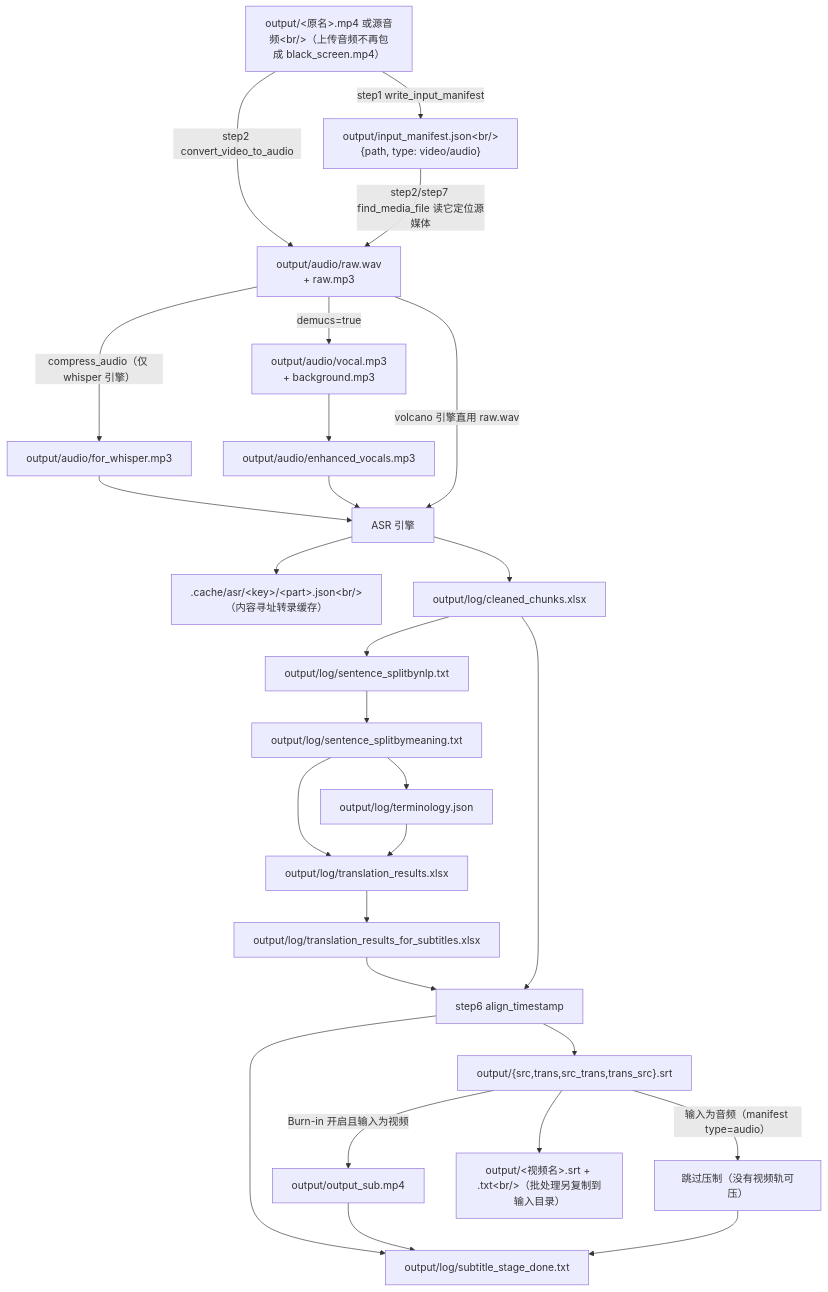
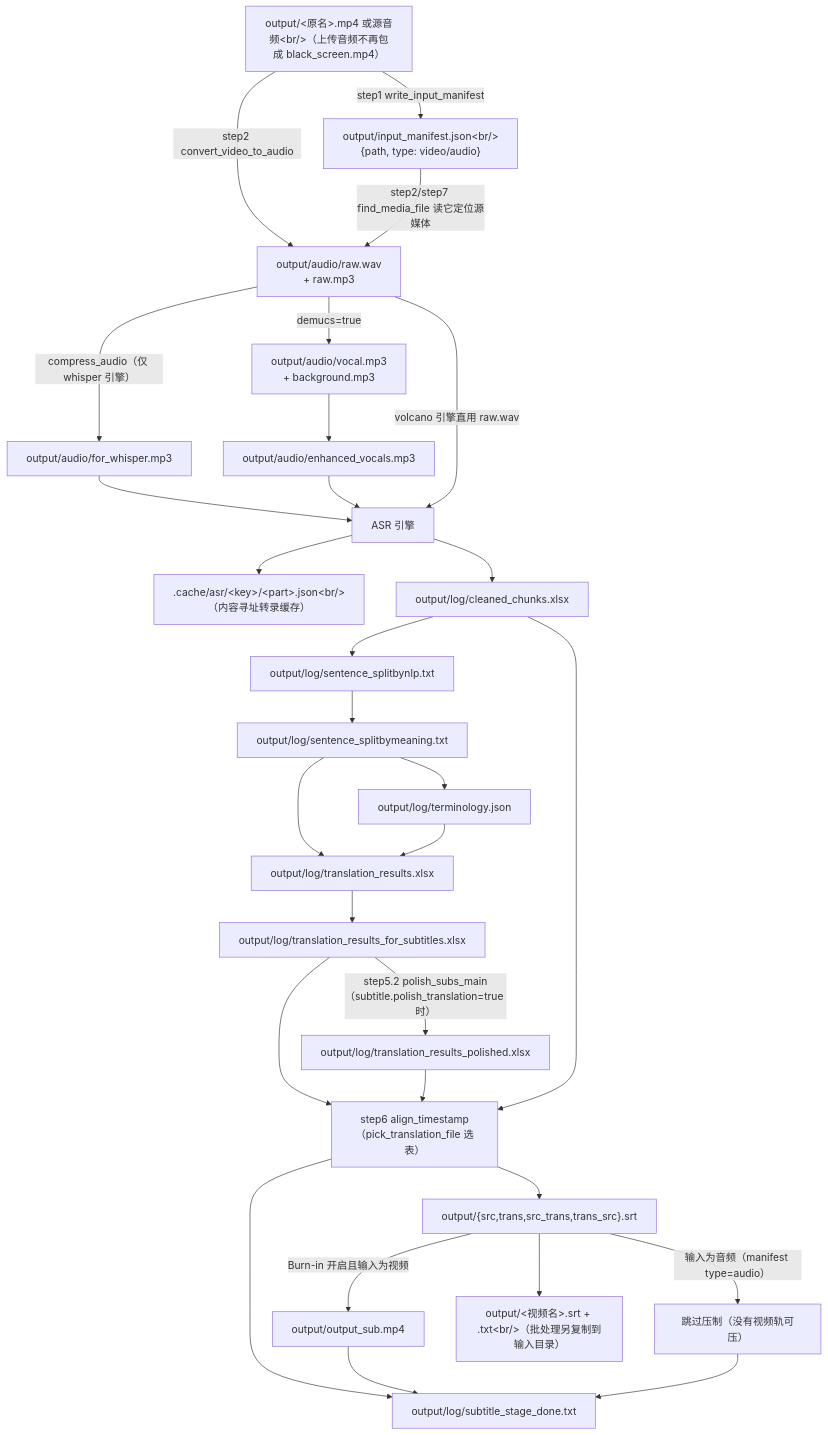
The first of 2 diagrams in devdocs/00-overview/02-数据流与中间产物.md (Brzjomo/VideoLingoMove), drawn with Mermaid before and after one commit. The commit also changed other lines of this file and 12 other files, not shown here.

````diff
--- a/devdocs/00-overview/02-数据流与中间产物.md
+++ b/devdocs/00-overview/02-数据流与中间产物.md
@@ -40,29 +41,31 @@
 ```mermaid
 flowchart TD
  VID["output/&lt;原名&gt;.mp4 或源音频&lt;br/&gt;（上传音频不再包成 black_screen.mp4）"] -->|"step2 convert_video_to_audio"| RAW["output/audio/raw.wav\n+ raw.mp3"]
  VID -->|"step1 write_input_manifest"| MAN["output/input_manifest.json&lt;br/&gt;{path, type: video/audio}"]
  MAN -->|"step2/step7 find_media_file 读它定位源媒体"| RAW
  RAW -->|demucs=true| VOC["output/audio/vocal.mp3\n+ background.mp3"]
  RAW -->|"compress_audio（仅 whisper 引擎）"| FW["output/audio/for_whisper.mp3"]
  VOC --> ENH["output/audio/enhanced_vocals.mp3"]
  FW --> ASR["ASR 引擎"]
  ENH --> ASR
  RAW -->|"volcano 引擎直用 raw.wav"| ASR
  ASR --> CACHE[".cache/asr/&lt;key&gt;/&lt;part&gt;.json&lt;br/&gt;（内容寻址转录缓存）"]
  ASR --> CC["output/log/cleaned_chunks.xlsx"]
  CC --> NLPTXT["output/log/sentence_splitbynlp.txt"]
  NLPTXT --> SBM["output/log/sentence_splitbymeaning.txt"]
  SBM --> TERM["output/log/terminology.json"]
  SBM --> TR["output/log/translation_results.xlsx"]
  TERM --> TR
  TR --> TRS["output/log/translation_results_for_subtitles.xlsx"]
- TRS --> FMT["step6 align_timestamp"]
+ TRS -->|"step5.2 polish_subs_main（subtitle.polish_translation=true 时）"| TRP["output/log/translation_results_polished.xlsx"]
+ TRS --> FMT["step6 align_timestamp（pick_translation_file 选表）"]
+ TRP --> FMT
  CC --> FMT
  FMT --> SRT["output/{src,trans,src_trans,trans_src}.srt"]
  SRT -->|"Burn-in 开启且输入为视频"| SUBVID["output/output_sub.mp4"]
  SRT -->|"输入为音频（manifest type=audio）"| SKIP["跳过压制（没有视频轨可压）"]
  FMT --> MARK["output/log/subtitle_stage_done.txt"]
  SUBVID --> MARK
  SKIP --> MARK
  SRT --> DEF["output/&lt;视频名&gt;.srt + .txt&lt;br/&gt;（批处理另复制到输入目录）"]
 ```
````
